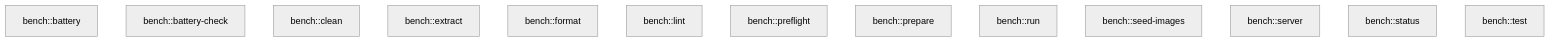
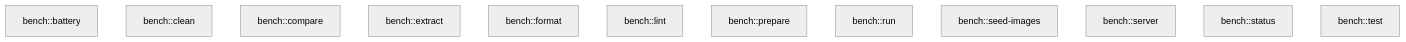
One commit to codesam88/picasu changed the ninth of 11 diagrams in docs/quality-gates.md. Above: the diagram before and after it, drawn with Mermaid (neutral theme). The commit also changed other lines of this file and 28 other files, not shown here.

````diff
--- a/docs/quality-gates.md
+++ b/docs/quality-gates.md
@@ -276,16 +275,15 @@
 ```mermaid
 graph TD
   bench__battery["bench::battery"]
-  bench__battery-check["bench::battery-check"]
   bench__clean["bench::clean"]
+  bench__compare["bench::compare"]
   bench__extract["bench::extract"]
   bench__format["bench::format"]
   bench__lint["bench::lint"]
-  bench__preflight["bench::preflight"]
   bench__prepare["bench::prepare"]
   bench__run["bench::run"]
   bench__seed-images["bench::seed-images"]
   bench__server["bench::server"]
   bench__status["bench::status"]
   bench__test["bench::test"]
 ```
````
